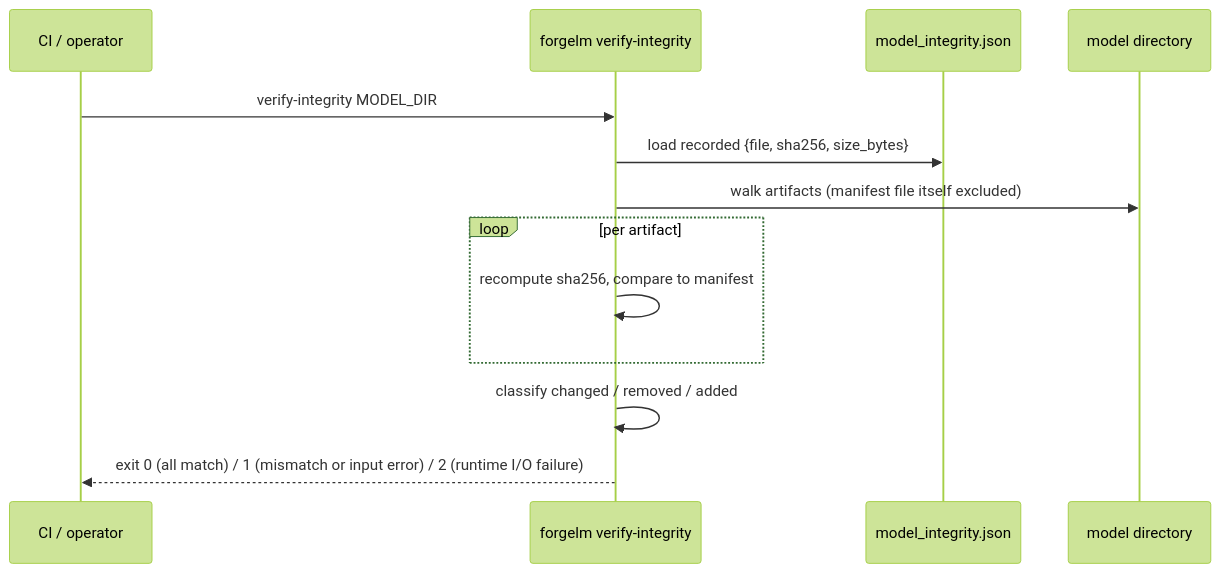
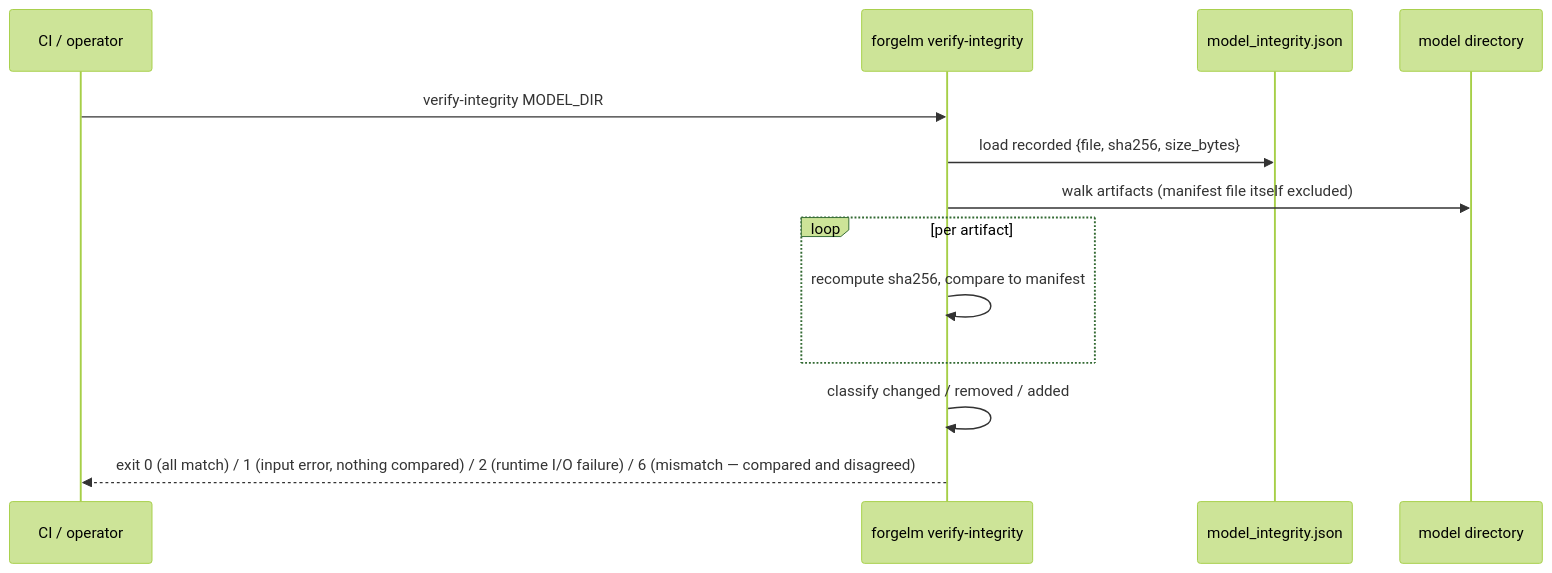
One commit to HodeTech/ForgeLM changed the diagram in docs/usermanuals/en/compliance/verify-integrity.md. Above: the diagram before and after it, drawn with Mermaid (forest theme). The commit also changed other lines of this file and 63 other files, not shown here.

First line of the commit message:
feat(step-3): EXIT_INTEGRITY_FAILURE, forgelm/verify.py, and an honest gauntlet

````diff
--- a/docs/usermanuals/en/compliance/verify-integrity.md
+++ b/docs/usermanuals/en/compliance/verify-integrity.md
@@ -19,16 +19,16 @@
 ```mermaid
 sequenceDiagram
     participant CI as CI / operator
     participant Verify as forgelm verify-integrity
     participant Manifest as model_integrity.json
     participant Dir as model directory
 
     CI->>Verify: verify-integrity MODEL_DIR
     Verify->>Manifest: load recorded {file, sha256, size_bytes}
     Verify->>Dir: walk artifacts (manifest file itself excluded)
     loop per artifact
         Verify->>Verify: recompute sha256, compare to manifest
     end
     Verify->>Verify: classify changed / removed / added
-    Verify-->>CI: exit 0 (all match) / 1 (mismatch or input error) / 2 (runtime I/O failure)
+    Verify-->>CI: exit 0 (all match) / 1 (input error, nothing compared) / 2 (runtime I/O failure) / 6 (mismatch — compared and disagreed)
 ```
````
